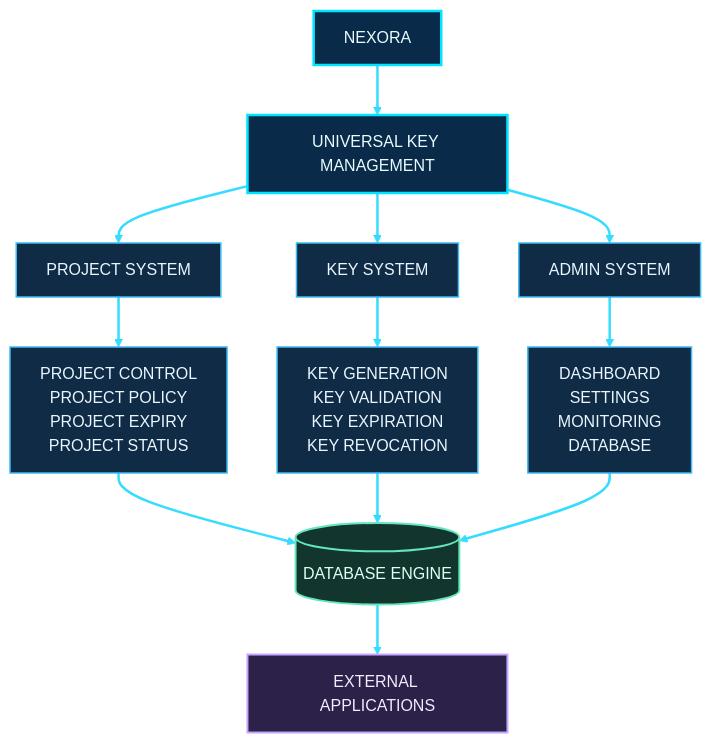
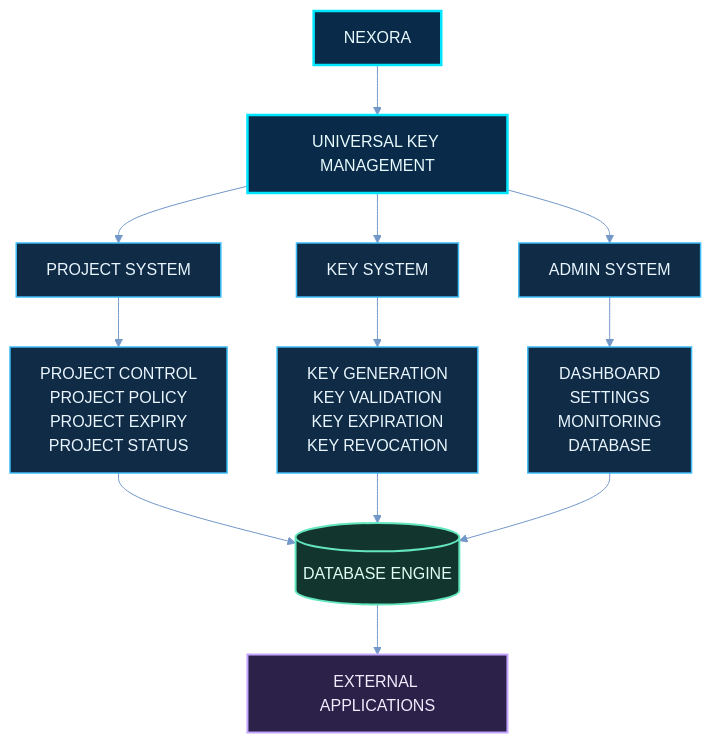
Before and after one commit to shajeduzzamanenan992008inc/NexOra-Database-key-Gen: the first of 23 diagrams in README.md, drawn with Mermaid. The commit also changed other lines of this file, not shown here.

````diff
--- a/README.md
+++ b/README.md
@@ -154,33 +154,33 @@
 ```mermaid
 %%{init: {"theme":"base","themeVariables":{"darkMode":true,"background":"#07111f","primaryColor":"#102744","primaryTextColor":"#e8f7ff","primaryBorderColor":"#00d9ff","lineColor":"#7297c8","secondaryColor":"#261d45","secondaryTextColor":"#f3eaff","secondaryBorderColor":"#a78bfa","tertiaryColor":"#12332b","tertiaryTextColor":"#e0fff1","tertiaryBorderColor":"#41e6a2","fontFamily":"Inter, Segoe UI, sans-serif","edgeLabelBackground":"#101d34","mainBkg":"#102744","nodeBorder":"#00d9ff","clusterBkg":"#0b1930","clusterBorder":"#6f7dff","actorBkg":"#102744","actorBorder":"#00d9ff","actorTextColor":"#e8f7ff","signalColor":"#64d8ff","signalTextColor":"#e8f7ff","noteBkgColor":"#0e332b","noteBorderColor":"#41e6a2","noteTextColor":"#e0fff1"}}}%%
 flowchart TB
     N["NEXORA"] --> U["UNIVERSAL KEY MANAGEMENT"]
     U --> P["PROJECT SYSTEM"]
     U --> K["KEY SYSTEM"]
     U --> A["ADMIN SYSTEM"]
     P --> P1["PROJECT CONTROL<br/>PROJECT POLICY<br/>PROJECT EXPIRY<br/>PROJECT STATUS"]
     K --> K1["KEY GENERATION<br/>KEY VALIDATION<br/>KEY EXPIRATION<br/>KEY REVOCATION"]
     A --> A1["DASHBOARD<br/>SETTINGS<br/>MONITORING<br/>DATABASE"]
     P1 --> D[("DATABASE ENGINE")]
     K1 --> D
     A1 --> D
     D --> E["EXTERNAL APPLICATIONS"]
 
+    %% OMEGA NEX-ORA visual classes
     %% OMEGA NEX-ORA / ULTRA NEON PALETTE
     classDef nxCore fill:#092b49,stroke:#00e5ff,stroke-width:2.5px,color:#e9fbff;
     classDef nxProcess fill:#102b45,stroke:#3dbcf5,stroke-width:1.5px,color:#e9f6ff;
     classDef nxDecision fill:#2b2050,stroke:#b38cff,stroke-width:2px,color:#f3edff;
     classDef nxSuccess fill:#0d3b2c,stroke:#3fffa0,stroke-width:2px,color:#e0fff0;
     classDef nxDanger fill:#451d30,stroke:#ff6688,stroke-width:2px,color:#fff0f3;
     classDef nxData fill:#12352d,stroke:#63e6be,stroke-width:2px,color:#e1fff5;
     classDef nxExternal fill:#2b2149,stroke:#c4a5ff,stroke-width:2px,color:#f3ecff;
     classDef nxInfo fill:#17253e,stroke:#91a7c9,stroke-width:1.5px,color:#e5efff;
     classDef nxWarning fill:#453116,stroke:#fbbf24,stroke-width:2px,color:#fff6d6;
+    %% Moving dashed route: Mermaid applies this class to explicitly identified edges.
     class N,U nxCore;
     class P,K,A,P1,K1,A1 nxProcess;
     class D nxData;
     class E nxExternal;
-
-    %% Animated primary paths using Mermaid linkStyle (no edge-ID parser required)
-    linkStyle default stroke:#35dcff,stroke-width:2.5px,stroke-dasharray:8\,6,stroke-dashoffset:1000,animation:dash 24s linear infinite;
+    class nx01e01,nx01e02,nx01e03,nx01e04,nx01e05 nxAnimated;
 ```
````
